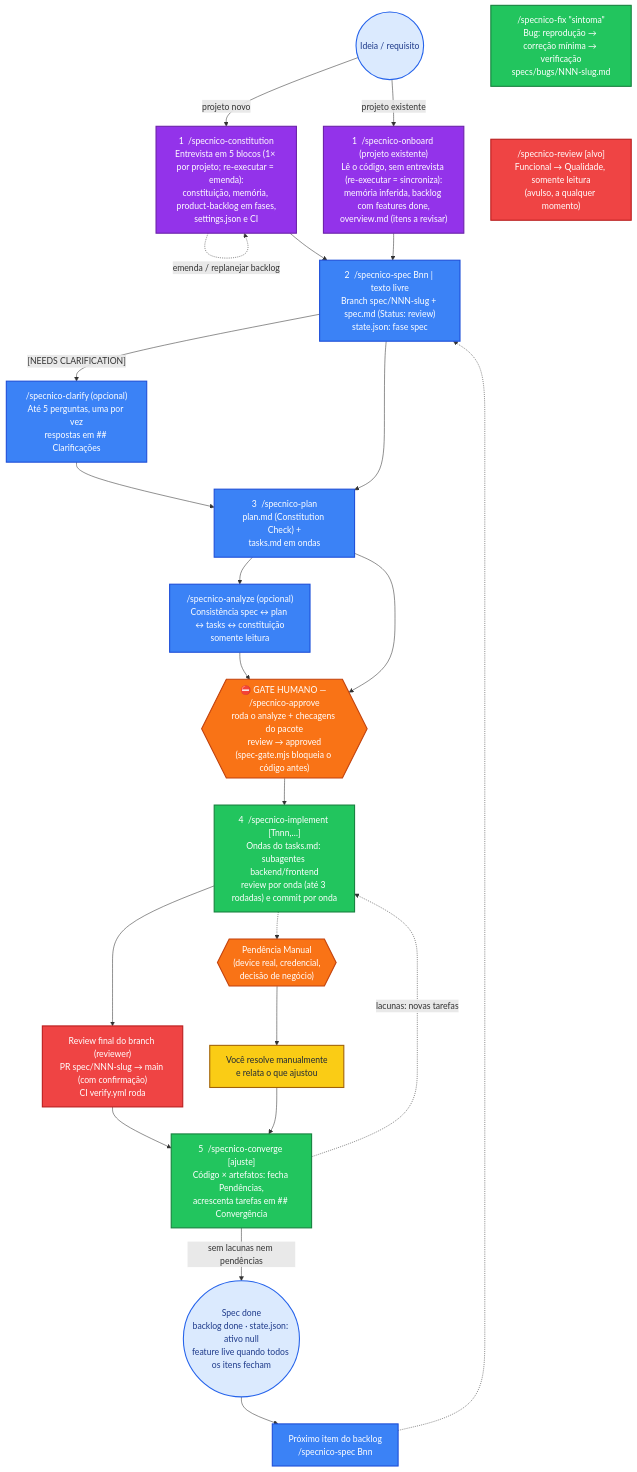
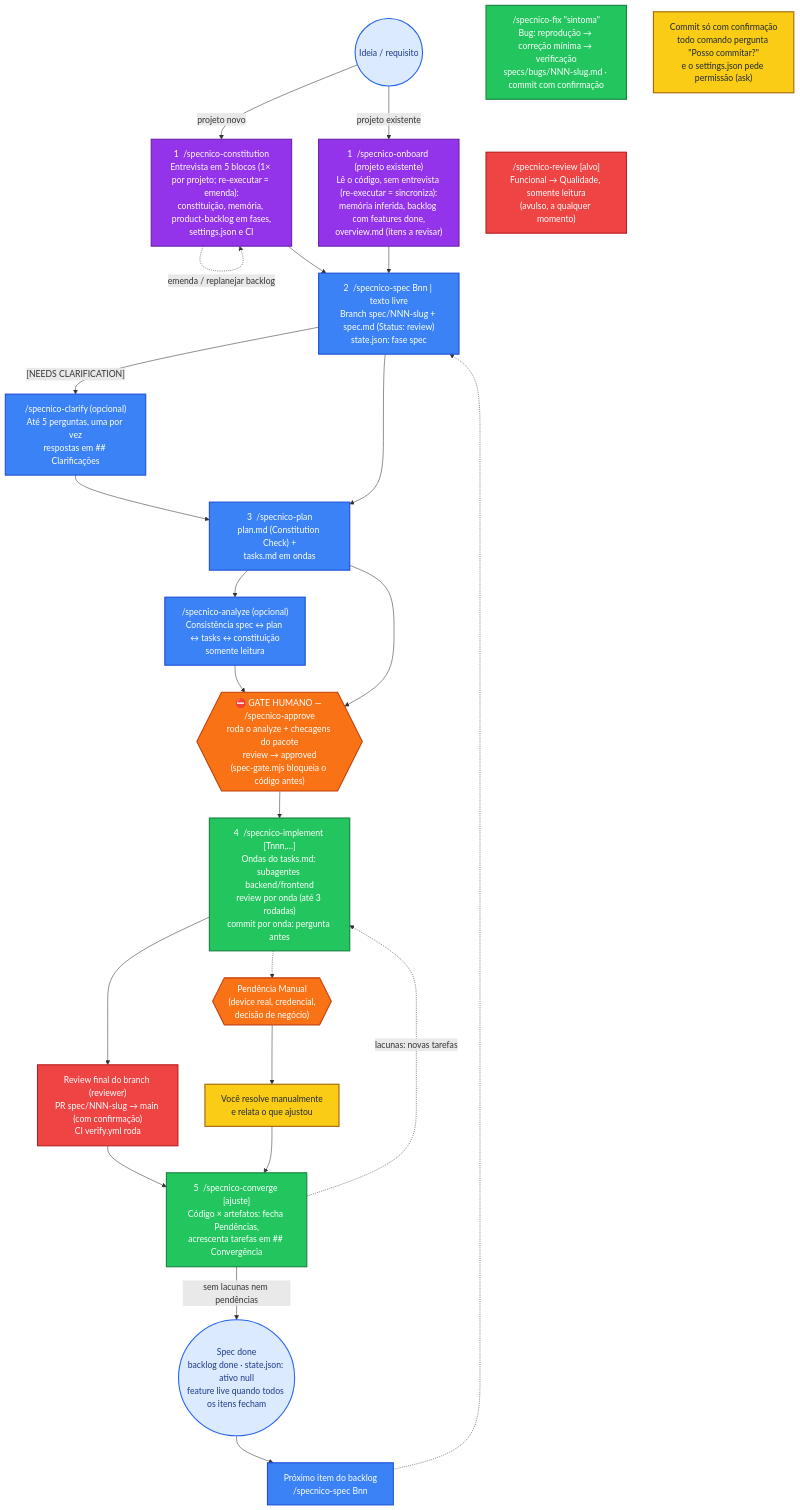
One commit to robertourias/scaffold-ia-projetos changed the diagram in meta/assets/fluxo-workflow.mmd. Above: the diagram before and after it, drawn with Mermaid. The commit also changed 2 other files, not shown here.

```diff
--- a/meta/assets/fluxo-workflow.mmd
+++ b/meta/assets/fluxo-workflow.mmd
@@ -1,50 +1,51 @@
 graph TD
   Start(("Ideia / requisito"))
   Const["1  /specnico-constitution<br/>Entrevista em 5 blocos (1× por projeto; re-executar = emenda):<br/>constituição, memória, product-backlog em fases,<br/>settings.json e CI"]
   Onboard["1  /specnico-onboard (projeto existente)<br/>Lê o código, sem entrevista (re-executar = sincroniza):<br/>memória inferida, backlog com features done,<br/>overview.md (itens a revisar)"]
   Spec["2  /specnico-spec Bnn | texto livre<br/>Branch spec/NNN-slug + spec.md (Status: review)<br/>state.json: fase spec"]
   Clarify["/specnico-clarify (opcional)<br/>Até 5 perguntas, uma por vez<br/>respostas em ## Clarificações"]
   Plan["3  /specnico-plan<br/>plan.md (Constitution Check) +<br/>tasks.md em ondas"]
   Analyze["/specnico-analyze (opcional)<br/>Consistência spec ↔ plan ↔ tasks ↔ constituição<br/>somente leitura"]
   Gate{{"⛔ GATE HUMANO — /specnico-approve<br/>roda o analyze + checagens do pacote<br/>review → approved<br/>(spec-gate.mjs bloqueia o código antes)"}}
-  Impl["4  /specnico-implement [Tnnn,…]<br/>Ondas do tasks.md: subagentes backend/frontend<br/>review por onda (até 3 rodadas) e commit por onda"]
+  Impl["4  /specnico-implement [Tnnn,…]<br/>Ondas do tasks.md: subagentes backend/frontend<br/>review por onda (até 3 rodadas)<br/>commit por onda: pergunta antes"]
   Pend{{"Pendência Manual<br/>(device real, credencial,<br/>decisão de negócio)"}}
   Resolve["Você resolve manualmente<br/>e relata o que ajustou"]
   FinalReview["Review final do branch (reviewer)<br/>PR spec/NNN-slug → main (com confirmação)<br/>CI verify.yml roda"]
   Conv["5  /specnico-converge [ajuste]<br/>Código × artefatos: fecha Pendências,<br/>acrescenta tarefas em ## Convergência"]
   Done(("Spec done<br/>backlog done · state.json: ativo null<br/>feature live quando todos os itens fecham"))
-  Fix["/specnico-fix &quot;sintoma&quot;<br/>Bug: reprodução → correção mínima → verificação<br/>specs/bugs/NNN-slug.md"]
+  Fix["/specnico-fix &quot;sintoma&quot;<br/>Bug: reprodução → correção mínima → verificação<br/>specs/bugs/NNN-slug.md · commit com confirmação"]
   Review["/specnico-review [alvo]<br/>Funcional → Qualidade, somente leitura<br/>(avulso, a qualquer momento)"]
   Next["Próximo item do backlog<br/>/specnico-spec Bnn"]
+  CommitRule["Commit só com confirmação<br/>todo comando pergunta &quot;Posso commitar?&quot;<br/>e o settings.json pede permissão (ask)"]
 
   Start -->|"projeto novo"| Const --> Spec
   Start -->|"projeto existente"| Onboard --> Spec
   Spec -->|"[NEEDS CLARIFICATION]"| Clarify --> Plan
   Spec --> Plan
   Plan --> Analyze --> Gate
   Plan --> Gate
   Gate --> Impl
   Impl --> FinalReview --> Conv
   Impl -.-> Pend --> Resolve --> Conv
   Conv -. "lacunas: novas tarefas" .-> Impl
   Conv -->|"sem lacunas nem pendências"| Done
   Done --> Next
   Next -.-> Spec
   Const -. "emenda / replanejar backlog" .-> Const
   Fix ~~~ Review
 
   classDef start fill:#dbeafe,stroke:#2563eb,stroke-width:2px,color:#1e3a8a;
   classDef initStyle fill:#9333ea,stroke:#6b21a8,stroke-width:2px,color:#ffffff;
   classDef flowStyle fill:#3b82f6,stroke:#1d4ed8,stroke-width:2px,color:#ffffff;
   classDef gateStyle fill:#f97316,stroke:#c2410c,stroke-width:2px,color:#ffffff;
   classDef workStyle fill:#22c55e,stroke:#15803d,stroke-width:2px,color:#ffffff;
   classDef reviewStyle fill:#ef4444,stroke:#b91c1c,stroke-width:2px,color:#ffffff;
   classDef noteStyle fill:#facc15,stroke:#a16207,stroke-width:2px,color:#1f2937;
 
   class Start,Done start;
   class Const,Onboard initStyle;
   class Gate,Pend gateStyle;
   class Spec,Clarify,Plan,Analyze,Next flowStyle;
   class Impl,Conv,Fix workStyle;
   class Review,FinalReview reviewStyle;
-  class Resolve noteStyle;
+  class Resolve,CommitRule noteStyle;
```
